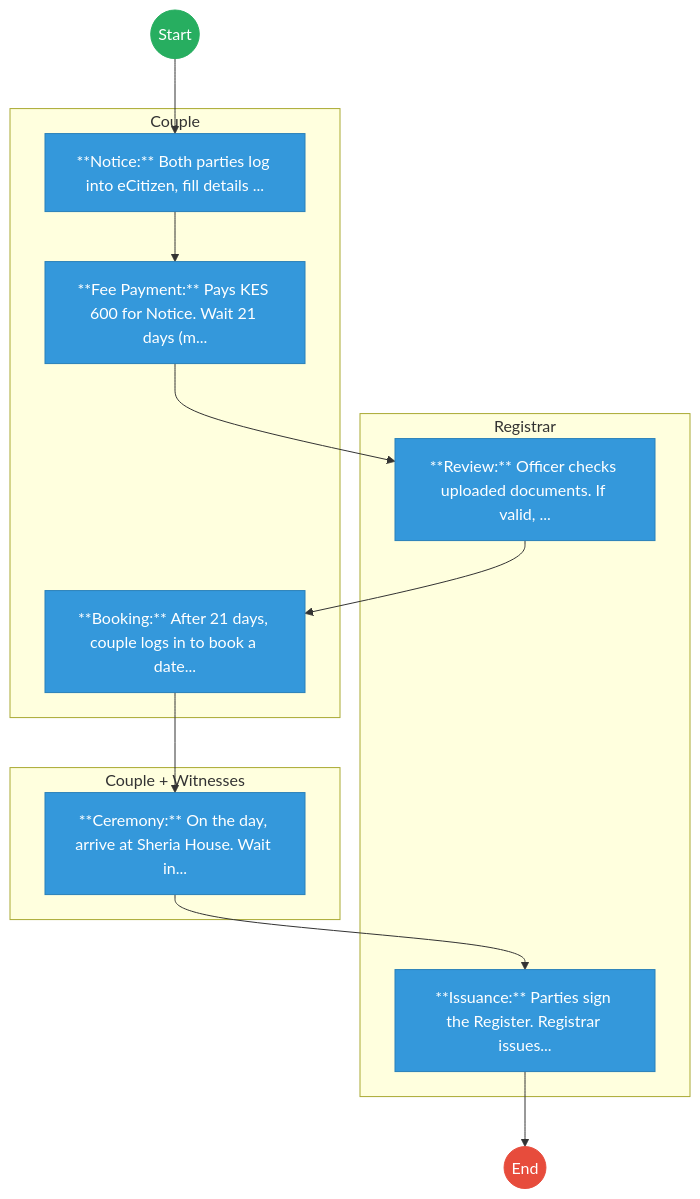
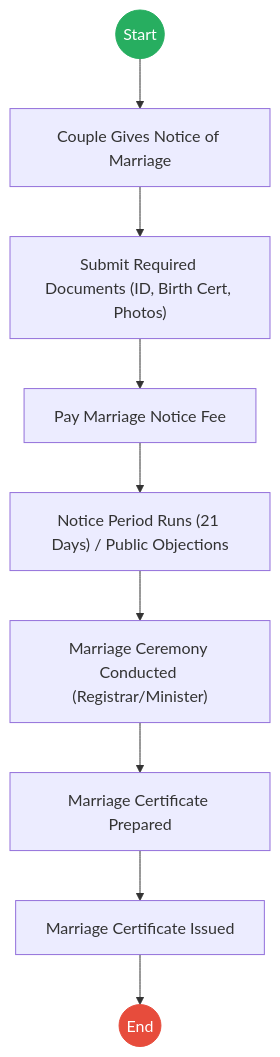
Before and after one commit to BITZ-IT-Consulting-LTD/ictapoc: the first of 6 diagrams in mdas/docs_final/State_Law_Office_The___Service_Delivery.md, drawn with Mermaid. The commit also changed other lines of this file, not shown here.

````diff
--- a/mdas/docs_final/State_Law_Office_The___Service_Delivery.md
+++ b/mdas/docs_final/State_Law_Office_The___Service_Delivery.md
@@ -20,34 +20,16 @@
 ```mermaid
 graph TD
     Start((Start)) --> S1
-
-    subgraph Couple [Couple]
-        S1["**Notice:** Both parties log into eCitizen, fill details ..."]
-        S2["**Fee Payment:** Pays KES 600 for Notice. Wait 21 days (m..."]
-        S4["**Booking:** After 21 days, couple logs in to book a date..."]
-    end
-
-    subgraph Registrar [Registrar]
-        S3["**Review:** Officer checks uploaded documents. If valid, ..."]
-        S6["**Issuance:** Parties sign the Register. Registrar issues..."]
-    end
-
-    subgraph Couple_+_Witnesses [Couple + Witnesses]
-        S5["**Ceremony:** On the day, arrive at Sheria House. Wait in..."]
-    end
-    S1 --> S2
-    S2 --> S3
-    S3 --> S4
-    S4 --> S5
-    S5 --> S6
-    S6 --> End((End))
+    S1["Couple Gives Notice of Marriage"] --> S2
+    S2["Submit Required Documents (ID, Birth Cert, Photos)"] --> S3
+    S3["Pay Marriage Notice Fee"] --> S4
+    S4["Notice Period Runs (21 Days) / Public Objections"] --> S5
+    S5["Marriage Ceremony Conducted (Registrar/Minister)"] --> S6
+    S6["Marriage Certificate Prepared"] --> S7
+    S7["Marriage Certificate Issued"] --> End((End))
 
     classDef start fill:#27ae60,stroke:#27ae60,color:#fff;
     classDef endNode fill:#e74c3c,stroke:#e74c3c,color:#fff;
-    classDef userTask fill:#3498db,stroke:#2980b9,color:#fff;
-    classDef serviceTask fill:#9b59b6,stroke:#8e44ad,color:#fff;
-
     class Start start;
     class End endNode;
-    class S1,S2,S3,S4,S5,S6 userTask;
 ```
````
